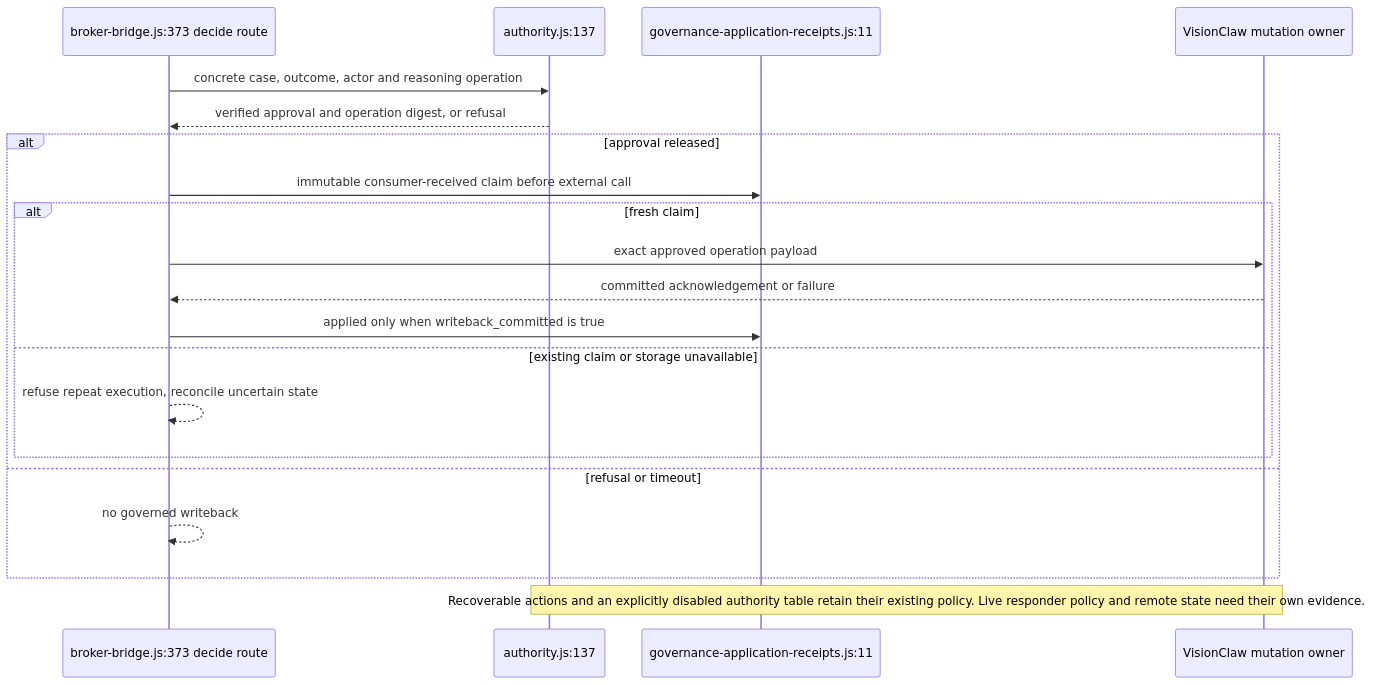
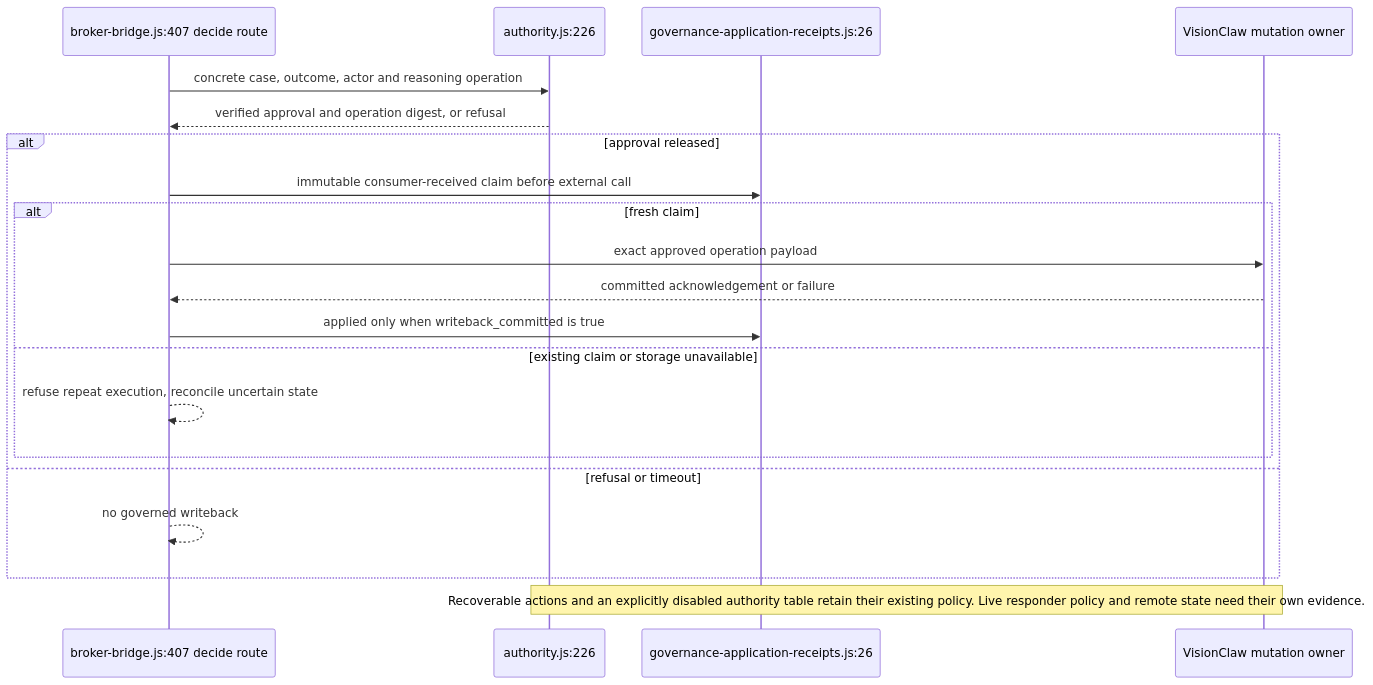
One commit to DreamLab-AI/VisionFlow changed the sixth of 13 diagrams in docs/diagrams/estate/05-governance-loop-across-estate.md. Above: the diagram before and after it, drawn with Mermaid. The commit also changed other lines of this file and 12 other files, not shown here.

````diff
--- a/docs/diagrams/estate/05-governance-loop-across-estate.md
+++ b/docs/diagrams/estate/05-governance-loop-across-estate.md
@@ -147,22 +156,22 @@
 ```mermaid
 sequenceDiagram
-    participant Bridge as broker-bridge.js:373 decide route
-    participant Gate as authority.js:137
-    participant Ledger as governance-application-receipts.js:11
+    participant Bridge as broker-bridge.js:407 decide route
+    participant Gate as authority.js:226
+    participant Ledger as governance-application-receipts.js:26
     participant VC as VisionClaw mutation owner
     Bridge->>Gate: concrete case, outcome, actor and reasoning operation
     Gate-->>Bridge: verified approval and operation digest, or refusal
     alt approval released
         Bridge->>Ledger: immutable consumer-received claim before external call
         alt fresh claim
             Bridge->>VC: exact approved operation payload
             VC-->>Bridge: committed acknowledgement or failure
             Bridge->>Ledger: applied only when writeback_committed is true
         else existing claim or storage unavailable
             Bridge-->>Bridge: refuse repeat execution, reconcile uncertain state
         end
     else refusal or timeout
         Bridge-->>Bridge: no governed writeback
     end
     Note over Gate,VC: Recoverable actions and an explicitly disabled authority table retain their existing policy. Live responder policy and remote state need their own evidence.
 ```
````
